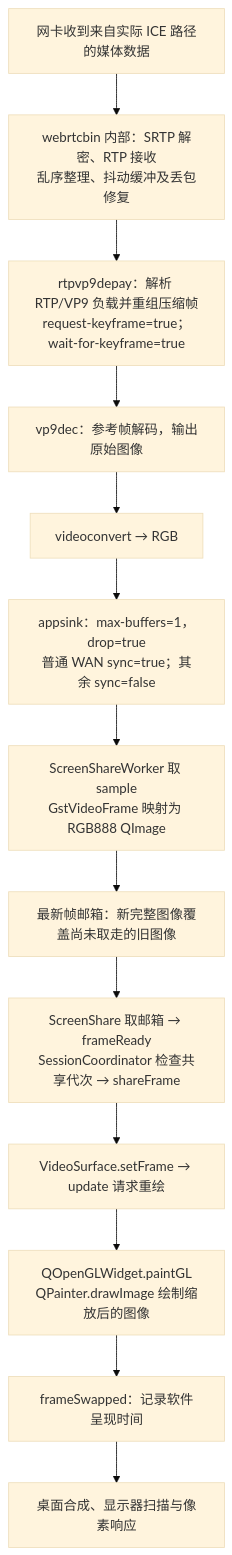
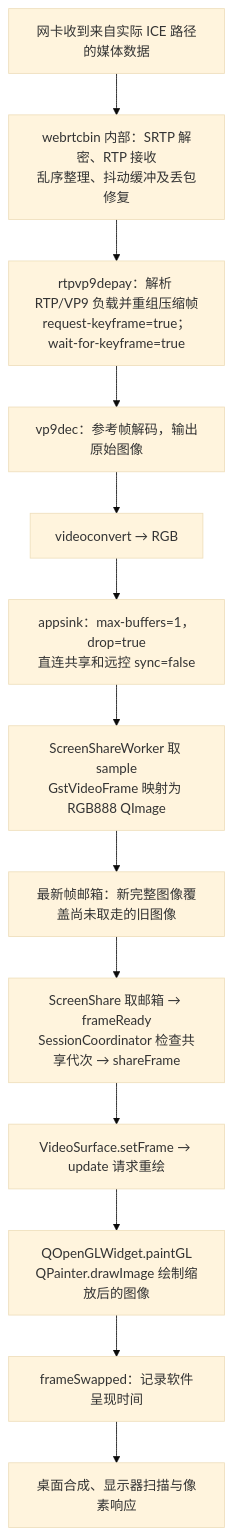
The seventh of 13 diagrams in docs/项目结构与核心技术.md (wzzzzjjjjjjj/ZJdesk), drawn with Mermaid (base theme) before and after one commit. The commit also changed other lines of this file and 10 other files, not shown here.

````diff
--- a/docs/项目结构与核心技术.md
+++ b/docs/项目结构与核心技术.md
@@ -601,18 +601,18 @@
 ```mermaid
 flowchart TB
     N["网卡收到来自实际 ICE 路径的媒体数据"]
     W["webrtcbin 内部：SRTP 解密、RTP 接收<br/>乱序整理、抖动缓冲及丢包修复"]
     DP["rtpvp9depay：解析 RTP/VP9 负载并重组压缩帧<br/>request-keyframe=true；wait-for-keyframe=true"]
     DC["vp9dec：参考帧解码，输出原始图像"]
     RGB["videoconvert → RGB"]
-    AS["appsink：max-buffers=1，drop=true<br/>普通 WAN sync=true；其余 sync=false"]
+    AS["appsink：max-buffers=1，drop=true<br/>直连共享和远控 sync=false"]
     POLL["ScreenShareWorker 取 sample<br/>GstVideoFrame 映射为 RGB888 QImage"]
     MB["最新帧邮箱：新完整图像覆盖尚未取走的旧图像"]
     UI["ScreenShare 取邮箱 → frameReady<br/>SessionCoordinator 检查共享代次 → shareFrame"]
     SET["VideoSurface.setFrame → update 请求重绘"]
     PAINT["QOpenGLWidget.paintGL<br/>QPainter.drawImage 绘制缩放后的图像"]
     SWAP["frameSwapped：记录软件呈现时间"]
     DISP["桌面合成、显示器扫描与像素响应"]
     N --> W --> DP --> DC --> RGB --> AS --> POLL
     POLL --> MB --> UI --> SET --> PAINT --> SWAP --> DISP
 ```
````
